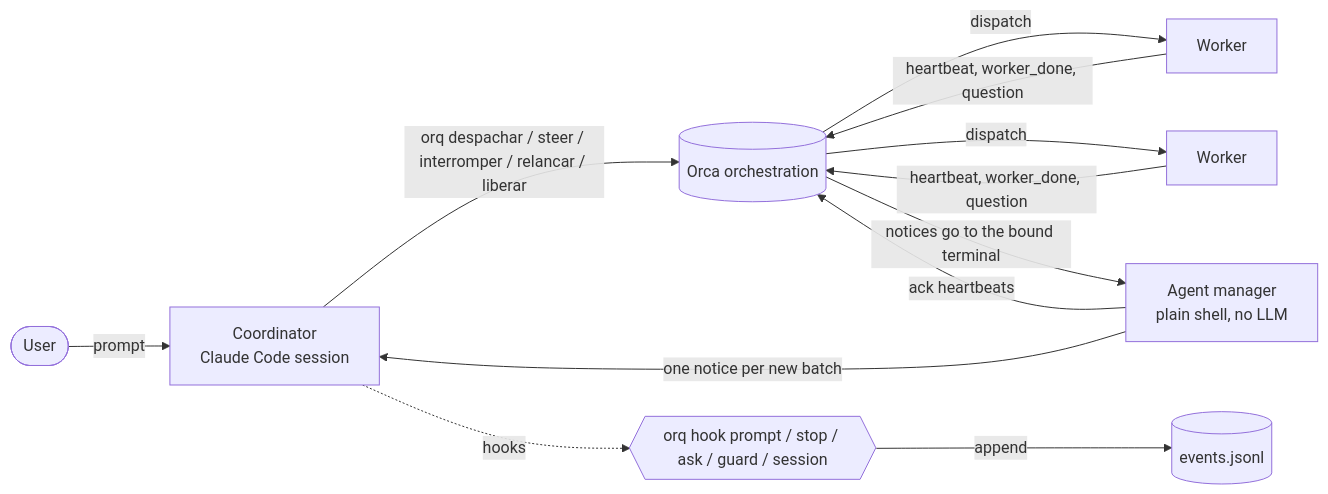
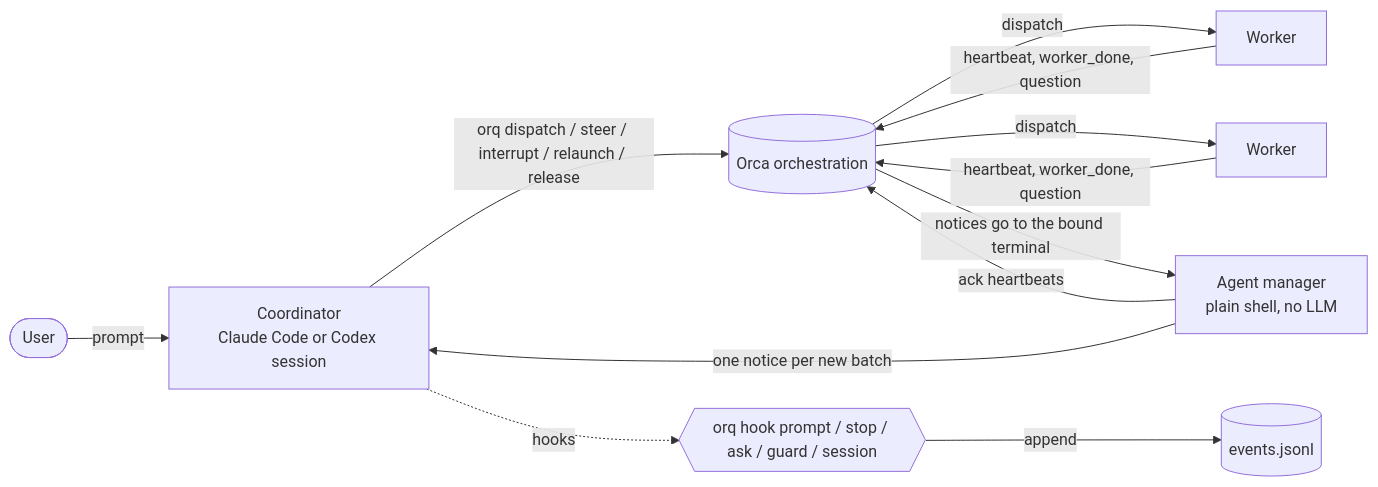
The first of 2 diagrams in README.md (leodiegoo/orq), drawn with Mermaid before and after one commit. The commit also changed other lines of this file and 9 other files, not shown here.

````diff
--- a/README.md
+++ b/README.md
@@ -25,14 +29,14 @@
 ```mermaid
 flowchart LR
-    U([User]) -->|prompt| C["Coordinator<br/>Claude Code session"]
-    C -->|"orq despachar / steer / interromper / relancar / liberar"| O[("Orca orchestration")]
+    U([User]) -->|prompt| C["Coordinator<br/>Claude Code or Codex session"]
+    C -->|"orq dispatch / steer / interrupt / relaunch / release"| O[("Orca orchestration")]
     O -->|dispatch| W1[Worker]
     O -->|dispatch| W2[Worker]
     W1 -->|"heartbeat, worker_done, question"| O
     W2 -->|"heartbeat, worker_done, question"| O
     O -->|"notices go to the bound terminal"| M["Agent manager<br/>plain shell, no LLM"]
     M -->|"ack heartbeats"| O
     M -->|"one notice per new batch"| C
     C -.->|hooks| H{{"orq hook prompt / stop / ask / guard / session"}}
     H -->|append| E[("events.jsonl")]
 ```
````
